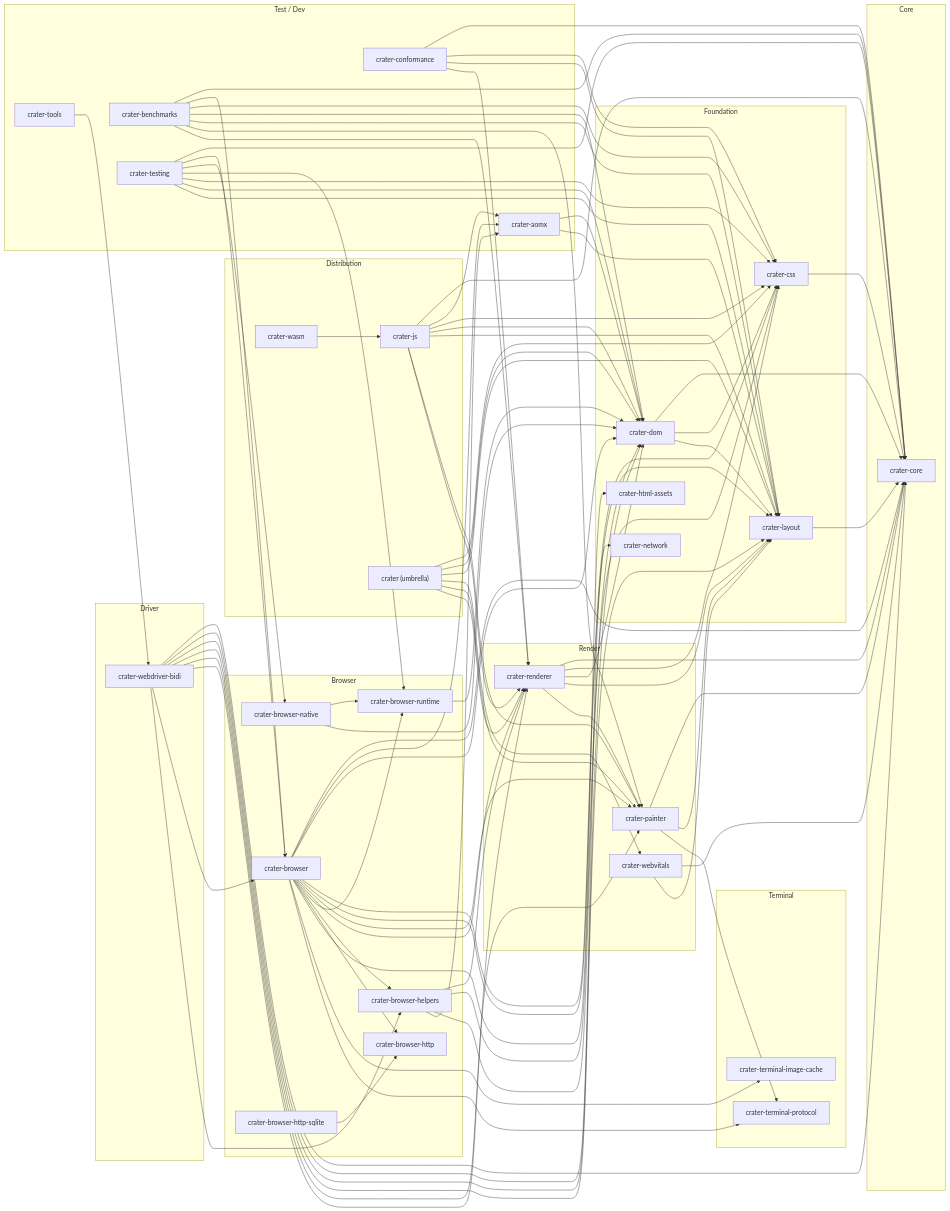
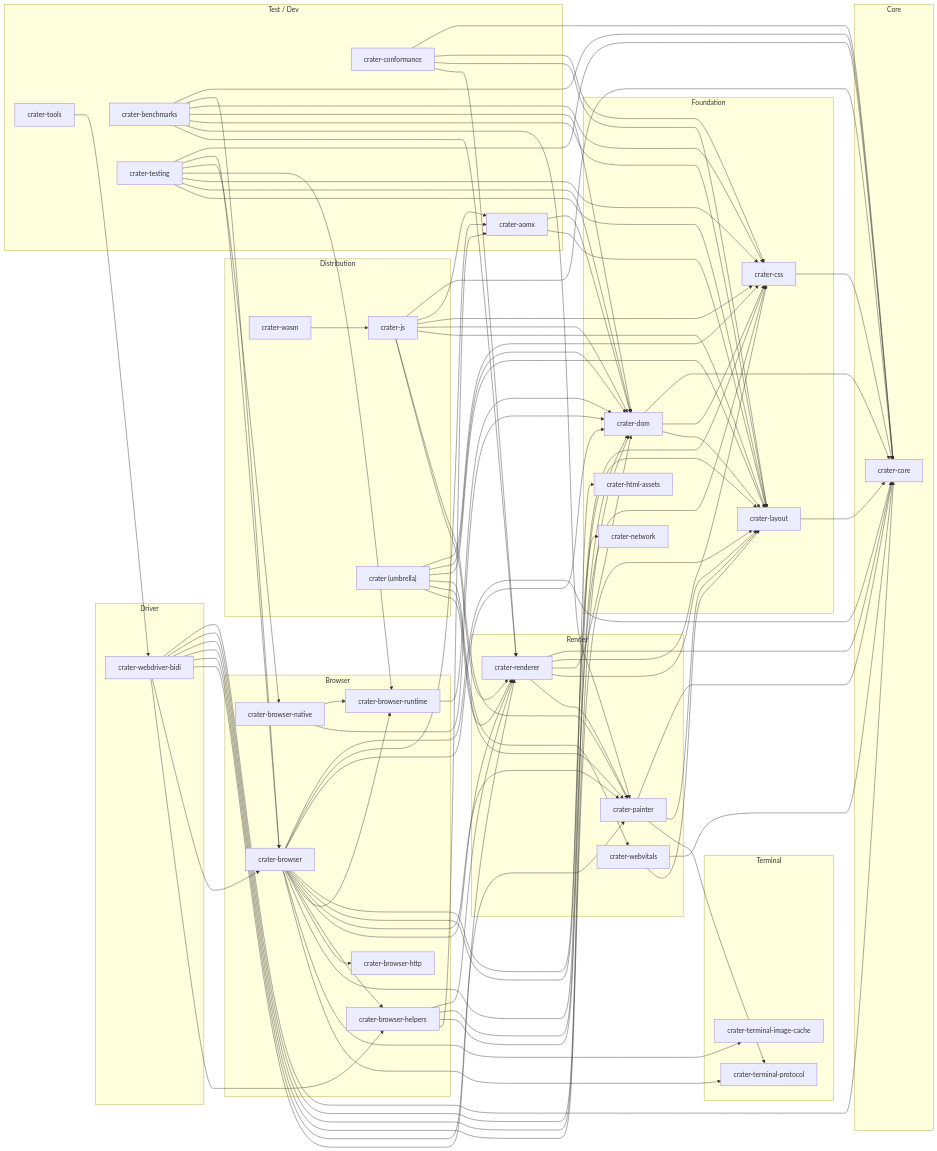
One commit to mizchi/crater changed the diagram in docs/module-graph.md. Above: the diagram before and after it, drawn with Mermaid. The commit also changed other lines of this file and 12 other files, not shown here.

```diff
--- a/docs/module-graph.md
+++ b/docs/module-graph.md
@@ -32,7 +32,6 @@
     mizchi_crater_browser_native["crater-browser-native"]
     mizchi_crater_browser_helpers["crater-browser-helpers"]
     mizchi_crater_browser_http["crater-browser-http"]
-    mizchi_crater_browser_http_sqlite["crater-browser-http-sqlite"]
     mizchi_crater_browser_runtime["crater-browser-runtime"]
   end
   subgraph Driver["Driver"]
@@ -87,7 +86,6 @@
   mizchi_crater_dom --> mizchi_crater_core
   mizchi_crater_dom --> mizchi_crater_css
   mizchi_crater_dom --> mizchi_crater_layout
-  mizchi_crater_browser_http_sqlite --> mizchi_crater_browser_http
   mizchi_crater_js --> mizchi_crater_core
   mizchi_crater_js --> mizchi_crater_aomx
   mizchi_crater_js --> mizchi_crater_css
```
